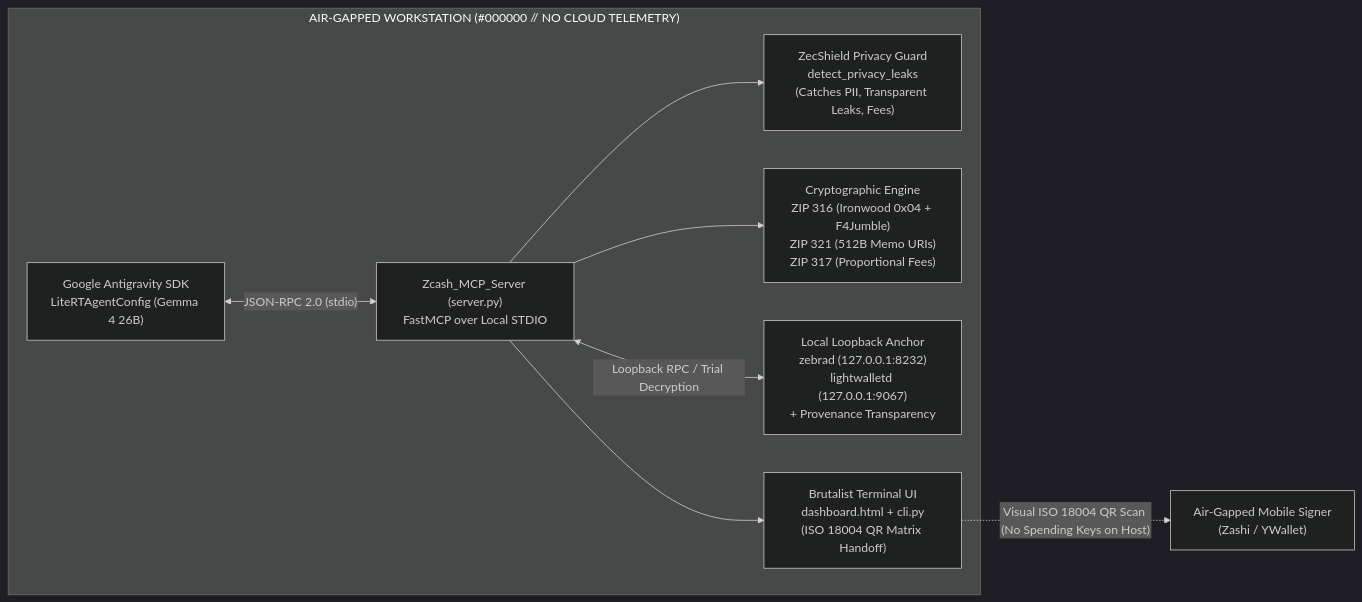
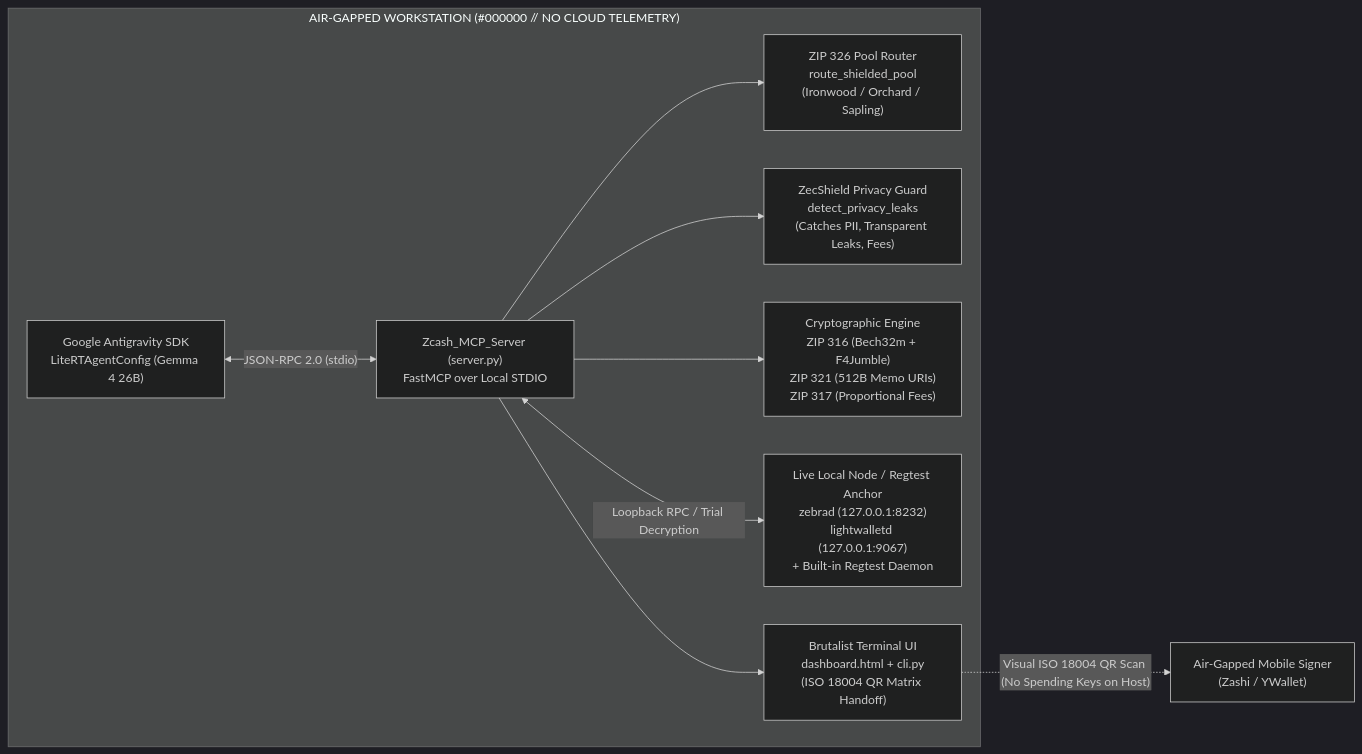
The diagram in README.md (ademikelz19-hub/zcash-mcp-server), drawn with Mermaid (dark theme) before and after one commit. The commit also changed other lines of this file and 6 other files, not shown here.

Commit message:
fix(standards): conform to ZIP 316 receiver registry and ZIP 326 Ironwood pool routing, add live regtest workflow harness, and harden AI privacy boundary

````diff
--- a/README.md
+++ b/README.md
@@ -22,20 +23,22 @@
 ```mermaid
 flowchart LR
     subgraph LocalWorkstation["AIR-GAPPED WORKSTATION (#000000 // NO CLOUD TELEMETRY)"]
         Agent["Google Antigravity SDK\nLiteRTAgentConfig (Gemma 4 26B)"]
         MCP["Zcash_MCP_Server (server.py)\nFastMCP over Local STDIO"]
+        Router["ZIP 326 Pool Router\nroute_shielded_pool\n(Ironwood / Orchard / Sapling)"]
         LeakGuard["ZecShield Privacy Guard\ndetect_privacy_leaks\n(Catches PII, Transparent Leaks, Fees)"]
-        Crypto["Cryptographic Engine\nZIP 316 (Ironwood 0x04 + F4Jumble)\nZIP 321 (512B Memo URIs)\nZIP 317 (Proportional Fees)"]
-        Node["Local Loopback Anchor\nzebrad (127.0.0.1:8232)\nlightwalletd (127.0.0.1:9067)\n+ Provenance Transparency"]
+        Crypto["Cryptographic Engine\nZIP 316 (Bech32m + F4Jumble)\nZIP 321 (512B Memo URIs)\nZIP 317 (Proportional Fees)"]
+        Node["Live Local Node / Regtest Anchor\nzebrad (127.0.0.1:8232)\nlightwalletd (127.0.0.1:9067)\n+ Built-in Regtest Daemon"]
         Dashboard["Brutalist Terminal UI\ndashboard.html + cli.py\n(ISO 18004 QR Matrix Handoff)"]
     end
 
     Wallet["Air-Gapped Mobile Signer\n(Zashi / YWallet)"]
 
     Agent <-->|"JSON-RPC 2.0 (stdio)"| MCP
+    MCP --> Router
     MCP --> LeakGuard
     MCP --> Crypto
     MCP <-->|"Loopback RPC / Trial Decryption"| Node
     MCP --> Dashboard
     Dashboard -.->|"Visual ISO 18004 QR Scan (No Spending Keys on Host)"| Wallet
 ```
````
